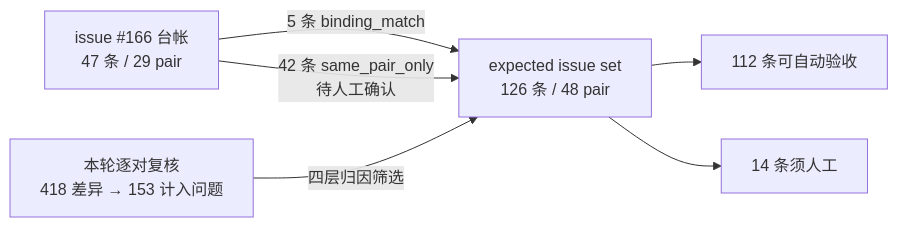
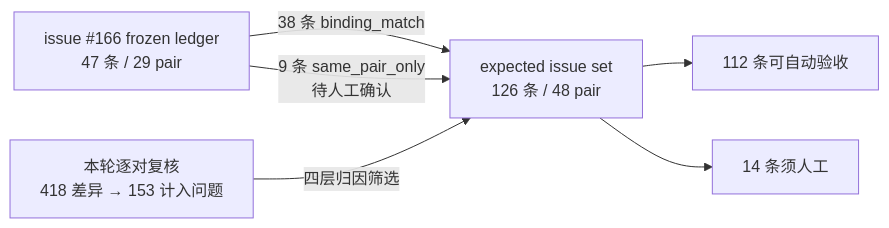
One commit to HansBug/research_ideas changed the diagram in project_1_llm_state_machine_modeling/eval/discover_matrix/manual_review/eis_issue/coverage.md. Above: the diagram before and after it, drawn with Mermaid. The commit also changed 57 other files, not shown here.

````diff
--- a/project_1_llm_state_machine_modeling/eval/discover_matrix/manual_review/eis_issue/coverage.md
+++ b/project_1_llm_state_machine_modeling/eval/discover_matrix/manual_review/eis_issue/coverage.md
@@ -33,9 +33,9 @@
 ```mermaid
 flowchart LR
-    A["issue #166 台帐<br/>47 条 / 29 pair"] -->|"5 条 binding_match"| C
-    A -->|"42 条 same_pair_only<br/>待人工确认"| C
+    A["issue #166 frozen ledger<br/>47 条 / 29 pair"] -->|"38 条 binding_match"| C
+    A -->|"9 条 same_pair_only<br/>待人工确认"| C
     B["本轮逐对复核<br/>418 差异 → 153 计入问题"] -->|"四层归因筛选"| C
     C["expected issue set<br/>126 条 / 48 pair"]
     C --> D["112 条可自动验收"]
     C --> E["14 条须人工"]
 ```
````
